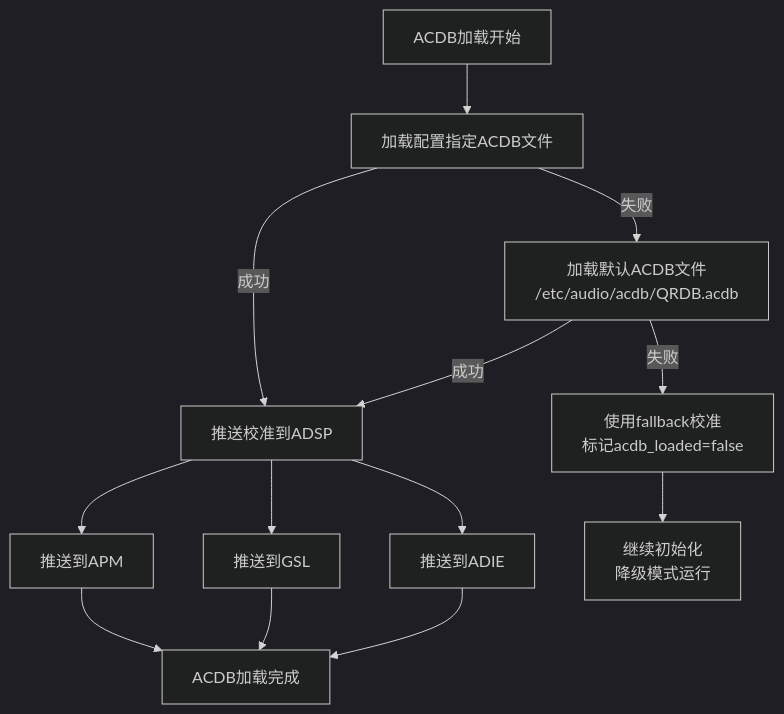
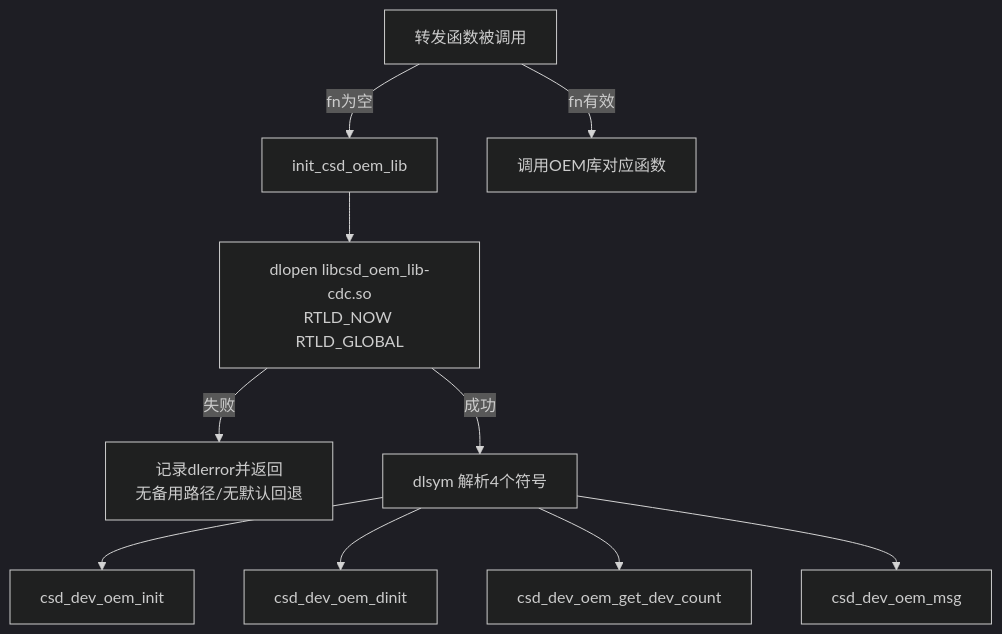
One commit to yanglinzhen1022/SA8295_AAOS_QNX_Audio_KnowledgeBase changed the fifth of 11 diagrams in 16_Vendor_QNX_Architecture/16_16.17_QNX_audio_service_vm_VM音频服务.md. Above: the diagram before and after it, drawn with Mermaid (dark theme). The commit also changed other lines of this file and 48 other files, not shown here.

````diff
--- a/16_Vendor_QNX_Architecture/16_16.17_QNX_audio_service_vm_VM音频服务.md
+++ b/16_Vendor_QNX_Architecture/16_16.17_QNX_audio_service_vm_VM音频服务.md
@@ -395,15 +374,12 @@
 ```mermaid
 graph TB
-    Start[ACDB加载开始] --> Load1[加载配置指定ACDB文件]
-    Load1 -->|成功| Push[推送校准到ADSP]
-    Load1 -->|失败| Load2[加载默认ACDB文件<br/>/etc/audio/acdb/QRDB.acdb]
-    Load2 -->|成功| Push
-    Load2 -->|失败| Fallback[使用fallback校准<br/>标记acdb_loaded=false]
-    Fallback --> Continue[继续初始化<br/>降级模式运行]
-    Push --> APM[推送到APM]
-    Push --> GSL[推送到GSL]
-    Push --> ADIE[推送到ADIE]
-    APM --> Done[ACDB加载完成]
-    GSL --> Done
-    ADIE --> Done
+    Init[init_csd_oem_lib] --> Dlopen[dlopen libcsd_oem_lib-cdc.so<br/>RTLD_NOW RTLD_GLOBAL]
+    Dlopen -->|失败| Ret[记录dlerror并返回<br/>无备用路径/无默认回退]
+    Dlopen -->|成功| Sym[dlsym 解析4个符号]
+    Sym --> S1[csd_dev_oem_init]
+    Sym --> S2[csd_dev_oem_dinit]
+    Sym --> S3[csd_dev_oem_get_dev_count]
+    Sym --> S4[csd_dev_oem_msg]
+    Fwd[转发函数被调用] -->|fn为空| Init
+    Fwd -->|fn有效| Call[调用OEM库对应函数]
 ```
````
